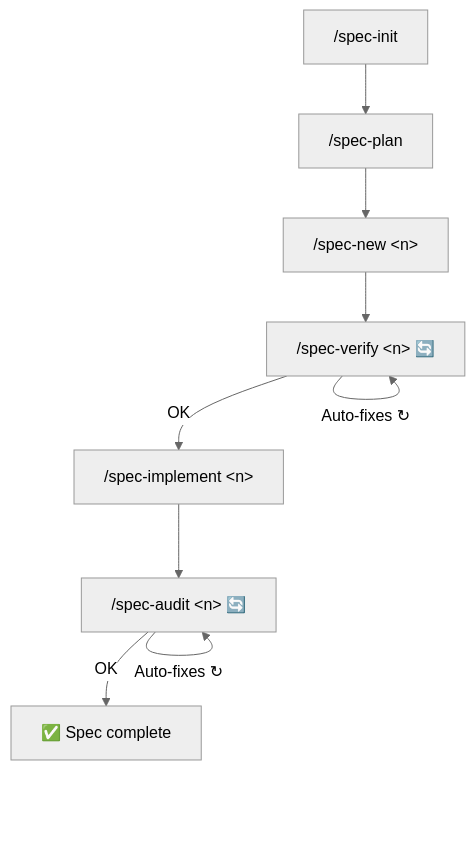
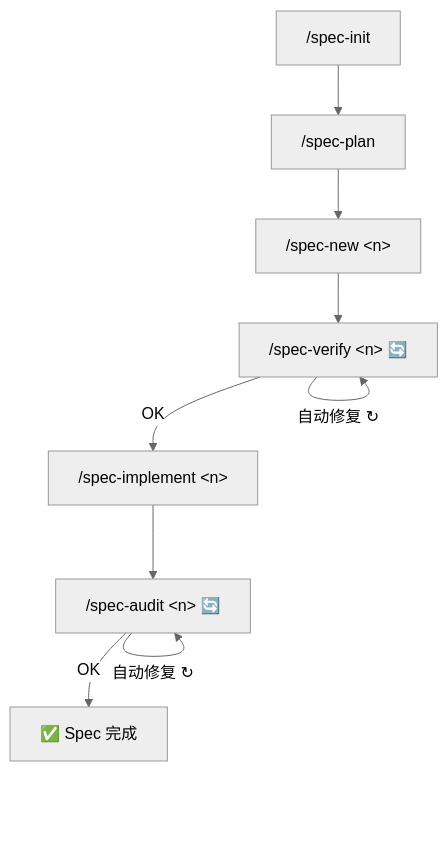
Before and after one commit to andrelncampos/dscode-public: the fourth of 4 diagrams in docs/i18n/README.zh-Hans.md, drawn with Mermaid (neutral theme). The commit also changed other lines of this file and 1 other file, not shown here.

````diff
--- a/docs/i18n/README.zh-Hans.md
+++ b/docs/i18n/README.zh-Hans.md
@@ -455,11 +439,11 @@
 ```mermaid
 flowchart TD
     INIT["/spec-init"] --> PLAN["/spec-plan"]
     PLAN --> NEW["/spec-new &lt;n&gt;"]
     NEW --> VERIFY["/spec-verify &lt;n&gt; 🔄"]
     VERIFY -->|OK| IMPL["/spec-implement &lt;n&gt;"]
-    VERIFY -->|"Auto-fixes ↻"| VERIFY
+    VERIFY -->|"自动修复 ↻"| VERIFY
     IMPL --> AUDIT["/spec-audit &lt;n&gt; 🔄"]
-    AUDIT -->|OK| DONE[✅ Spec complete]
-    AUDIT -->|"Auto-fixes ↻"| AUDIT
+    AUDIT -->|OK| DONE[✅ Spec 完成]
+    AUDIT -->|"自动修复 ↻"| AUDIT
 ```
````
